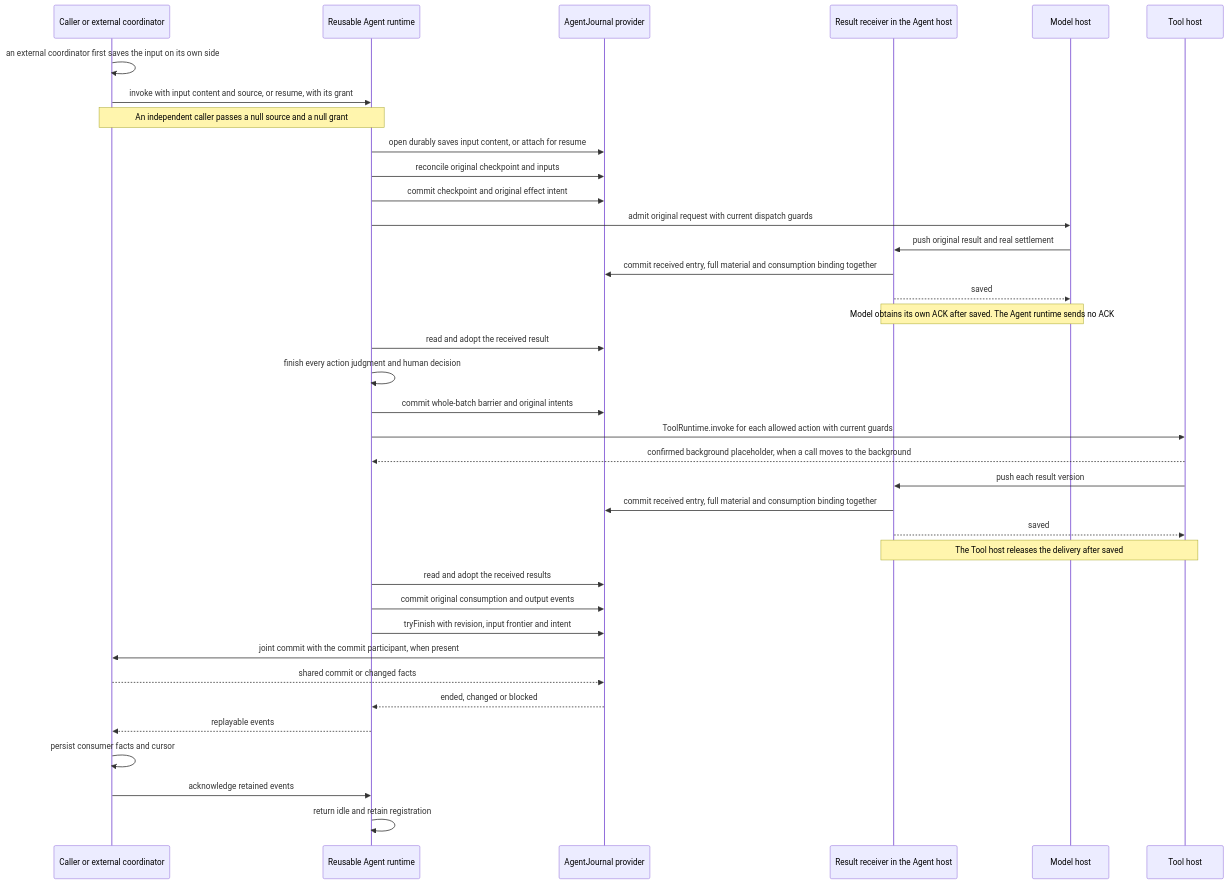
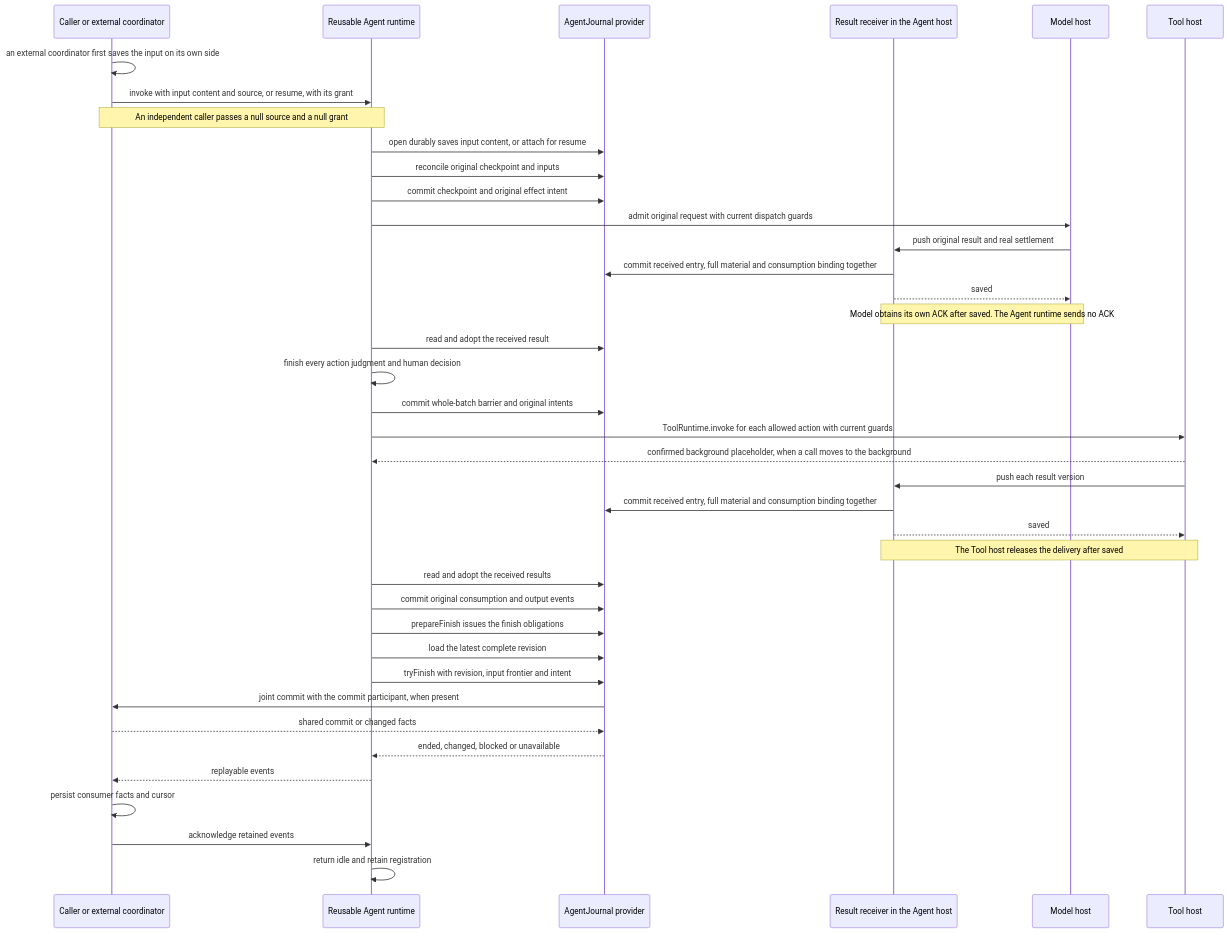
One commit to nemori-ai/omne-harness-lite changed the fourth of 6 diagrams in packages/agent/agent-contract/docs/context.md. Above: the diagram before and after it, drawn with Mermaid. The commit also changed 2 other files, not shown here.

Commit message:
docs(agent-contract): F-AG05 与两张终结时序图按取消路线与 F3 三步重画（#673）
为什么：PR #963 文档评审 H-1（阻断）、G-1、L-3、G-5。F-AG05 仍让取消候选进入
作者的落终态之前位置，与产品页 rev 4、架构页、SPEC「条件终结」「取消判断与路线」、
节点表 F0～F3 与 SC-AG-150 矛盾；context 与 object-model 的两张图直接调用
tryFinish，缺 prepareFinish 与 load，返回分支缺 unavailable。

改了什么：
- flows/scenarios.md F-AG05：取消分支为 F0 → F1 commitSettlement
  establish-cancellation → F2 judge-cancellation（不运行作者扩展链）→ F3；完成与
  失败候选走 F1 commit 与 F2 作者经过（继续、等待或否决回 I8 或 W0）；两条路线在
  F3 都先 prepareFinish、再 load、再 tryFinish，返回 ended、changed、blocked、
  unavailable。图下说明改为完成与失败候选可被继续、等待或否决，取消候选由受信取消
  判断只读核对，并指向 SPEC「取消判断与路线」。
- docs/context.md 与 docs/object-model.md 的终结时序图在 tryFinish 前加
  prepareFinish 与 load，返回分支补 unavailable；object-model 状态表「条件终结」行
  的 unavailable 条件改为引用 SPEC「条件终结」的结果表。

怎样验证：pnpm run check:docs、pnpm run format:check、pnpm run check:design
均退出 0。Mermaid 未做渲染验证。

Harness: claude-code
Agent-Role: developer

````diff
--- a/packages/agent/agent-contract/docs/context.md
+++ b/packages/agent/agent-contract/docs/context.md
@@ -112,39 +112,41 @@
 ```mermaid
 sequenceDiagram
   participant S as Caller or external coordinator
   participant A as Reusable Agent runtime
   participant J as AgentJournal provider
   participant R as Result receiver in the Agent host
   participant M as Model host
   participant T as Tool host
   S->>S: an external coordinator first saves the input on its own side
   S->>A: invoke with input content and source, or resume, with its grant
   Note over S,A: An independent caller passes a null source and a null grant
   A->>J: open durably saves input content, or attach for resume
   A->>J: reconcile original checkpoint and inputs
   A->>J: commit checkpoint and original effect intent
   A->>M: admit original request with current dispatch guards
   M->>R: push original result and real settlement
   R->>J: commit received entry, full material and consumption binding together
   R-->>M: saved
   Note over R,M: Model obtains its own ACK after saved. The Agent runtime sends no ACK
   A->>J: read and adopt the received result
   A->>A: finish every action judgment and human decision
   A->>J: commit whole-batch barrier and original intents
   A->>T: ToolRuntime.invoke for each allowed action with current guards
   T-->>A: confirmed background placeholder, when a call moves to the background
   T->>R: push each result version
   R->>J: commit received entry, full material and consumption binding together
   R-->>T: saved
   Note over R,T: The Tool host releases the delivery after saved
   A->>J: read and adopt the received results
   A->>J: commit original consumption and output events
+  A->>J: prepareFinish issues the finish obligations
+  A->>J: load the latest complete revision
   A->>J: tryFinish with revision, input frontier and intent
   J->>S: joint commit with the commit participant, when present
   S-->>J: shared commit or changed facts
-  J-->>A: ended, changed or blocked
+  J-->>A: ended, changed, blocked or unavailable
   A-->>S: replayable events
   S->>S: persist consumer facts and cursor
   S->>A: acknowledge retained events
   A->>A: return idle and retain registration
 ```
````
